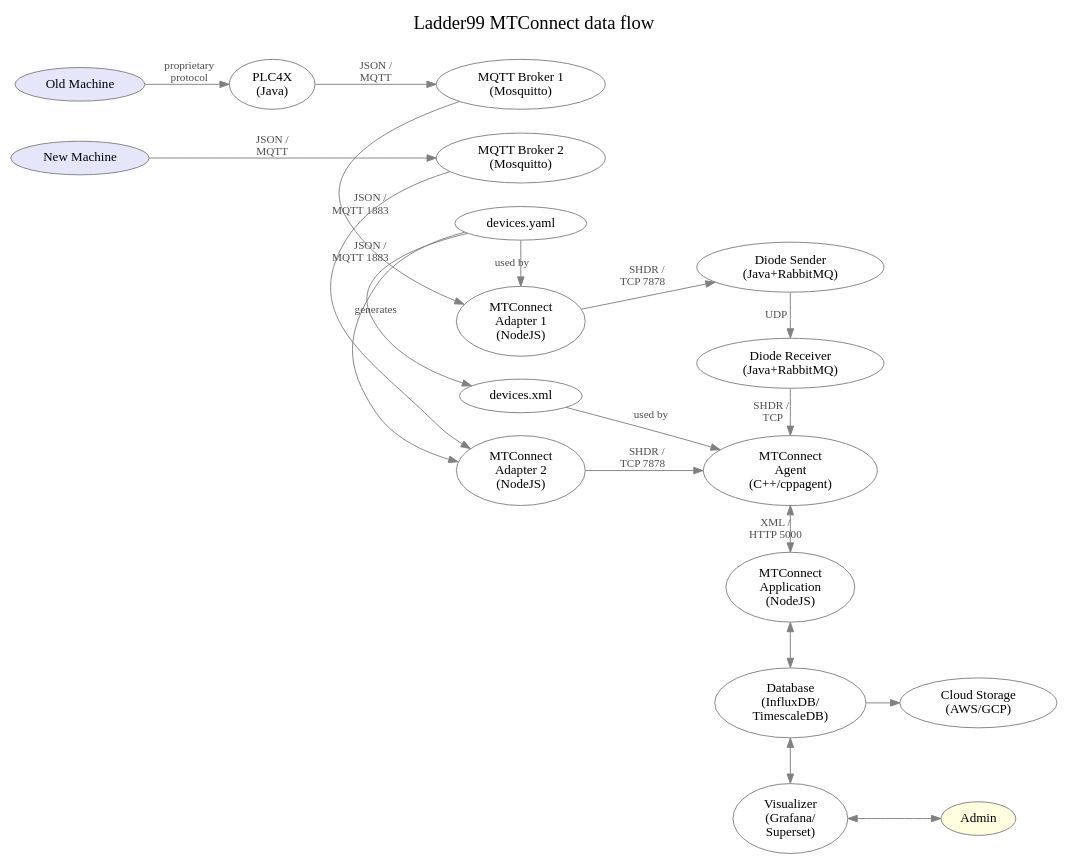
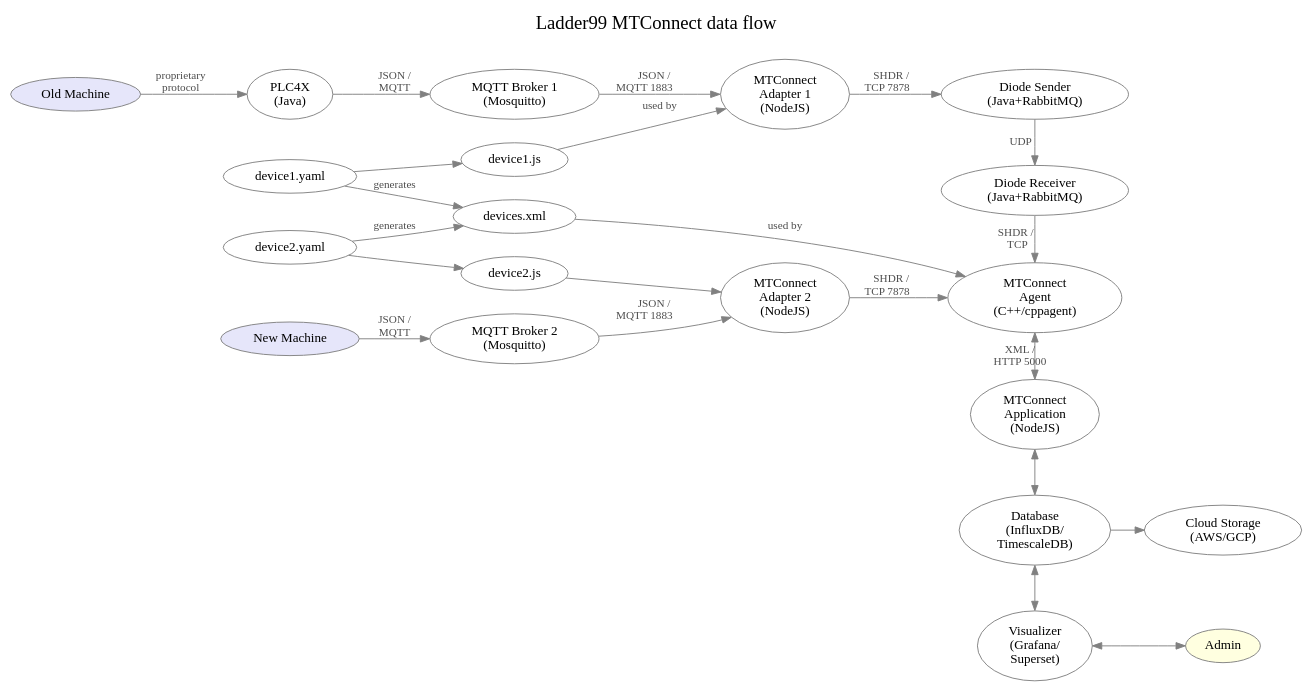
The diagram in docs/architecture.dot (Ladder99/ladder99), drawn with Graphviz before and after one commit.

```diff
--- a/docs/architecture.dot
+++ b/docs/architecture.dot
@@ -1,65 +1,72 @@
 digraph "ladder99-adapter" {
 
   // styles
   graph [ label="Ladder99 MTConnect data flow\n "; color=lightgray; ];
   graph [ fontsize=20 ];
   graph [ labelloc=t ];
   graph [ ranksep=0.2 ];
   graph [ nodesep=0.35 ];
   graph [ rankdir=LR; ] // left-to-right
   node [ color=gray; fillcolor=white; style=filled ];
   edge [ color=gray ];
   edge [ fontsize=12; fontcolor=gray30; ];
 
   // nodes
   OldMachine [ fillcolor=lavender; label="Old Machine" ];
   NewMachine [ fillcolor=lavender; label="New Machine" ];
   PLC4X [ label="PLC4X\n(Java)" ];
   Broker1 [ label="MQTT Broker 1\n(Mosquitto)" ];
   Broker2 [ label="MQTT Broker 2\n(Mosquitto)" ];
   Adapter1 [ fillcolor=white; label="MTConnect\nAdapter 1\n(NodeJS)" ];
   Adapter2 [ fillcolor=white; label="MTConnect\nAdapter 2\n(NodeJS)" ];
-  DevicesYaml [ label="devices.yaml" ];
+  Device1Yaml [ label="device1.yaml" ];
+  Device1Js [ label="device1.js" ];
+  Device2Yaml [ label="device2.yaml" ];
+  Device2Js [ label="device2.js" ];
   DiodeSender [ label="Diode Sender\n(Java+RabbitMQ)" ];
   DiodeReceiver [ label="Diode Receiver\n(Java+RabbitMQ)" ];
   Agent [ fillcolor=white; label="MTConnect\nAgent\n(C++/cppagent)" ];
   DevicesXml [ label="devices.xml" ];
   Application [ fillcolor=white; label="MTConnect\nApplication\n(NodeJS)" ];
   Database [ label="Database\n(InfluxDB/\nTimescaleDB)" ];
   Visualizer [ label="Visualizer\n(Grafana/\nSuperset)" ];
   Cloud [ label="Cloud Storage\n(AWS/GCP)" ];
   Admin [ fillcolor=lightyellow ];
   // LOI [ label="LOI\n(SvelteJS)" ];
   // Operator [ fillcolor=lightyellow ];
 
   // edges
   OldMachine -> PLC4X [ label="proprietary\nprotocol" ];
   PLC4X -> Broker1 [ label="JSON / \nMQTT" ];
   NewMachine -> Broker2 [ label="JSON / \nMQTT" ];
   Broker1 -> Adapter1 [ label="JSON /    \nMQTT 1883           " ];
   Broker2 -> Adapter2 [ label="JSON /    \nMQTT 1883           " ];
   Adapter1 -> DiodeSender [ label="SHDR /   \nTCP 7878      " ];
   Adapter2 -> Agent [ label="SHDR /   \nTCP 7878      " ];
-  DevicesYaml -> Adapter1 [ label="used by" ];
-  DevicesYaml -> Adapter2 [ ];
-  DevicesYaml -> DevicesXml [ label="generates" ];
+  Device1Yaml -> Device1Js;
+  Device1Js -> Adapter1 [ label="used by" ];
+  Device2Yaml -> Device2Js;
+  Device2Js -> Adapter2 [ ];
+  Device1Yaml -> DevicesXml [ label="generates" ];
+  Device2Yaml -> DevicesXml [ label="generates" ];
   DiodeSender -> DiodeReceiver [ label="UDP    " ];
   DiodeReceiver -> Agent [ label="SHDR /   \nTCP  " ];
   // Adapter -> Agent [ label="SHDR/\nTCP 7878" ];
   Agent -> Application [ dir=both; label="XML /\nHTTP 5000" ];
   DevicesXml -> Agent [ label="used by" ];
   Application -> Database [ dir=both ];
   Database -> Visualizer [ dir=both ];
   Database -> Cloud;
   Visualizer -> Admin [ dir=both ];
   // Application -> LOI;
   // LOI -> Operator;
 
   // rank
-  { rank=same; OldMachine NewMachine };
-  { rank=same; Broker1 Broker2 DevicesYaml };
-  { rank=same; DevicesYaml DevicesXml };
+  // { rank=same; OldMachine NewMachine };
+  // { rank=same; Broker1 Broker2 Device1Yaml };
+  // { rank=same; Device1Yaml DevicesXml };
   // { rank=same; PLC4X Broker Adapter DiodeSender DiodeReceiver Agent Application Database Visualizer };
-  { rank=same; Adapter1 Adapter2 DevicesXml };
+  // { rank=same; Adapter1 Adapter2 DevicesXml };
+  // { rank=same; DiodeSender DiodeReceiver Agent Application Database Visualizer };
   { rank=same; DiodeSender DiodeReceiver Agent Application Database Visualizer };
 }
```
